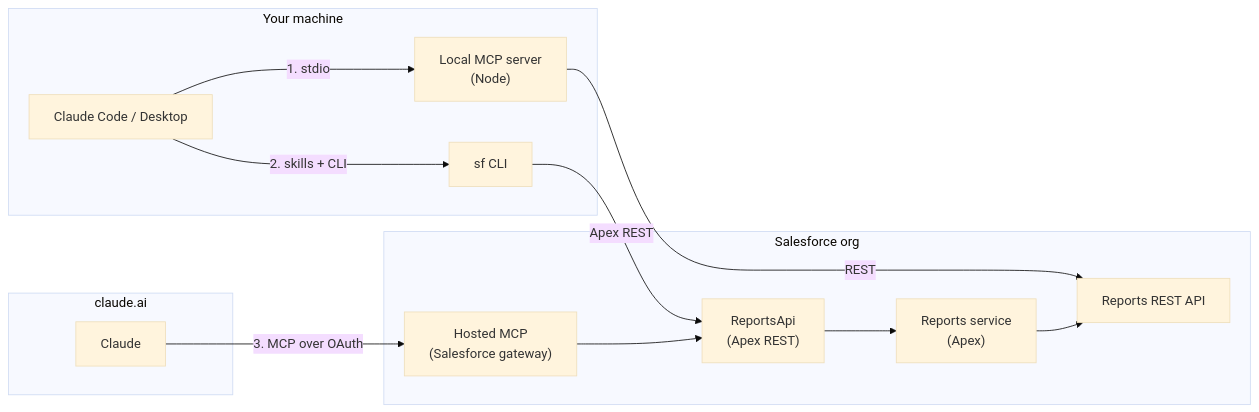
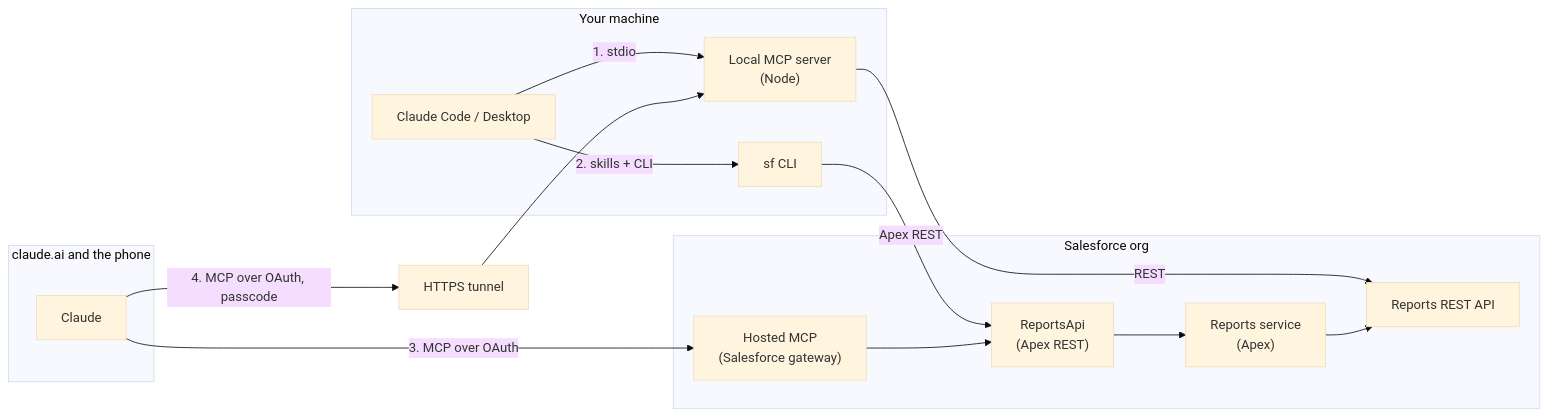
Before and after one commit to nelsben/salesforce-reports-mcp: the diagram in README.md, drawn with Mermaid (base theme). The commit also changed other lines of this file and 10 other files, not shown here.

````diff
--- a/README.md
+++ b/README.md
@@ -71,21 +71,23 @@
 ```mermaid
 flowchart LR
   subgraph Laptop["Your machine"]
     CC["Claude Code / Desktop"]
     LS["Local MCP server<br/>(Node)"]
     CLI["sf CLI"]
   end
-  subgraph Cloud["claude.ai"]
+  subgraph Cloud["claude.ai and the phone"]
     CAI["Claude"]
   end
+  TUN["HTTPS tunnel"]
   subgraph SF["Salesforce org"]
     GW["Hosted MCP<br/>(Salesforce gateway)"]
     REST["ReportsApi<br/>(Apex REST)"]
     CORE["Reports service<br/>(Apex)"]
     API["Reports REST API"]
   end
   CC -- "1. stdio" --> LS -- "REST" --> API
   CC -- "2. skills + CLI" --> CLI -- "Apex REST" --> REST
   CAI -- "3. MCP over OAuth" --> GW --> REST
+  CAI -- "4. MCP over OAuth, passcode" --> TUN --> LS
   REST --> CORE --> API
 ```
````
